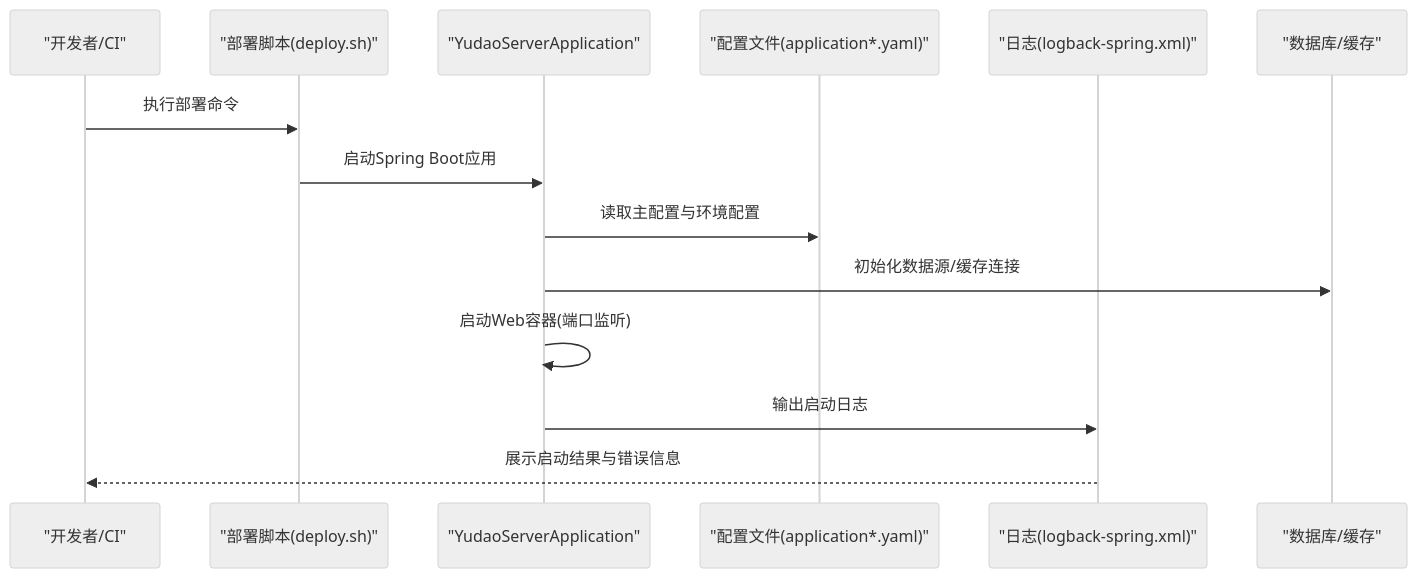
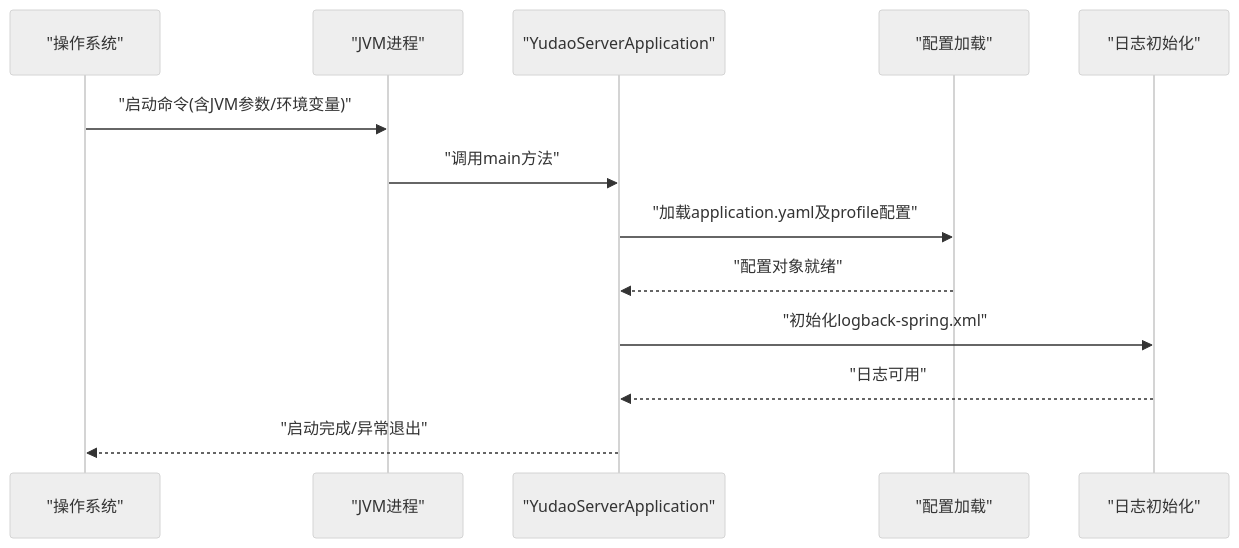
Before and after one commit to xiaoche80s-tech/rouyi-vue-pro: the third of 6 diagrams in .qoder/repowiki/zh/content/故障排查/启动问题排查.md, drawn with Mermaid (neutral theme). The commit also changed other lines of this file and 840 other files, not shown here.

````diff
--- a/.qoder/repowiki/zh/content/故障排查/启动问题排查.md
+++ b/.qoder/repowiki/zh/content/故障排查/启动问题排查.md
@@ -90,16 +148,15 @@
 ```mermaid
 sequenceDiagram
-participant Dev as "开发者/CI"
-participant Script as "部署脚本(deploy.sh)"
+participant OS as "操作系统"
+participant JVM as "JVM进程"
 participant App as "YudaoServerApplication"
-participant Cfg as "配置文件(application*.yaml)"
-participant Log as "日志(logback-spring.xml)"
-participant DB as "数据库/缓存"
-Dev->>Script : 执行部署命令
-Script->>App : 启动Spring Boot应用
-App->>Cfg : 读取主配置与环境配置
-App->>DB : 初始化数据源/缓存连接
-App->>App : 启动Web容器(端口监听)
-App->>Log : 输出启动日志
-Log-->>Dev : 展示启动结果与错误信息
+participant Cfg as "配置加载"
+participant Log as "日志初始化"
+OS->>JVM : "启动命令(含JVM参数/环境变量)"
+JVM->>App : "调用main方法"
+App->>Cfg : "加载application.yaml及profile配置"
+Cfg-->>App : "配置对象就绪"
+App->>Log : "初始化logback-spring.xml"
+Log-->>App : "日志可用"
+App-->>OS : "启动完成/异常退出"
 ```
````
